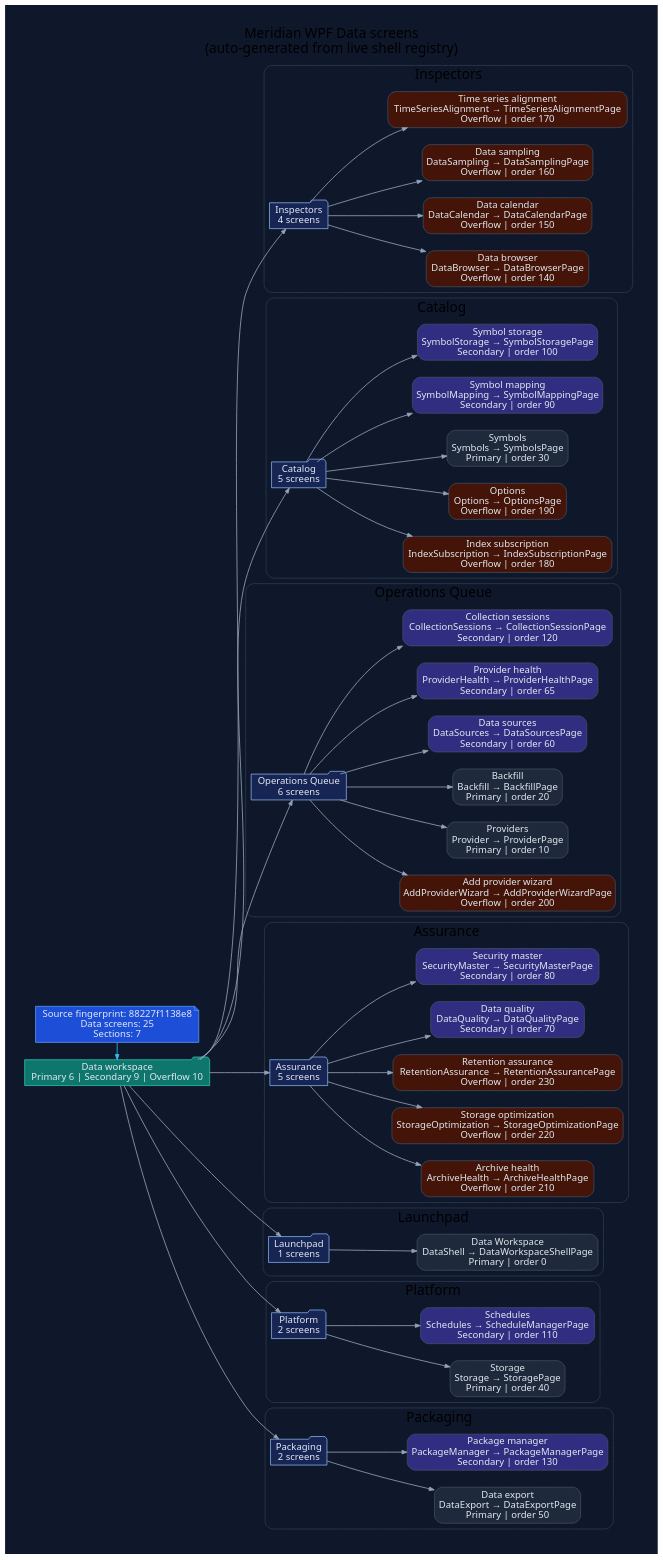
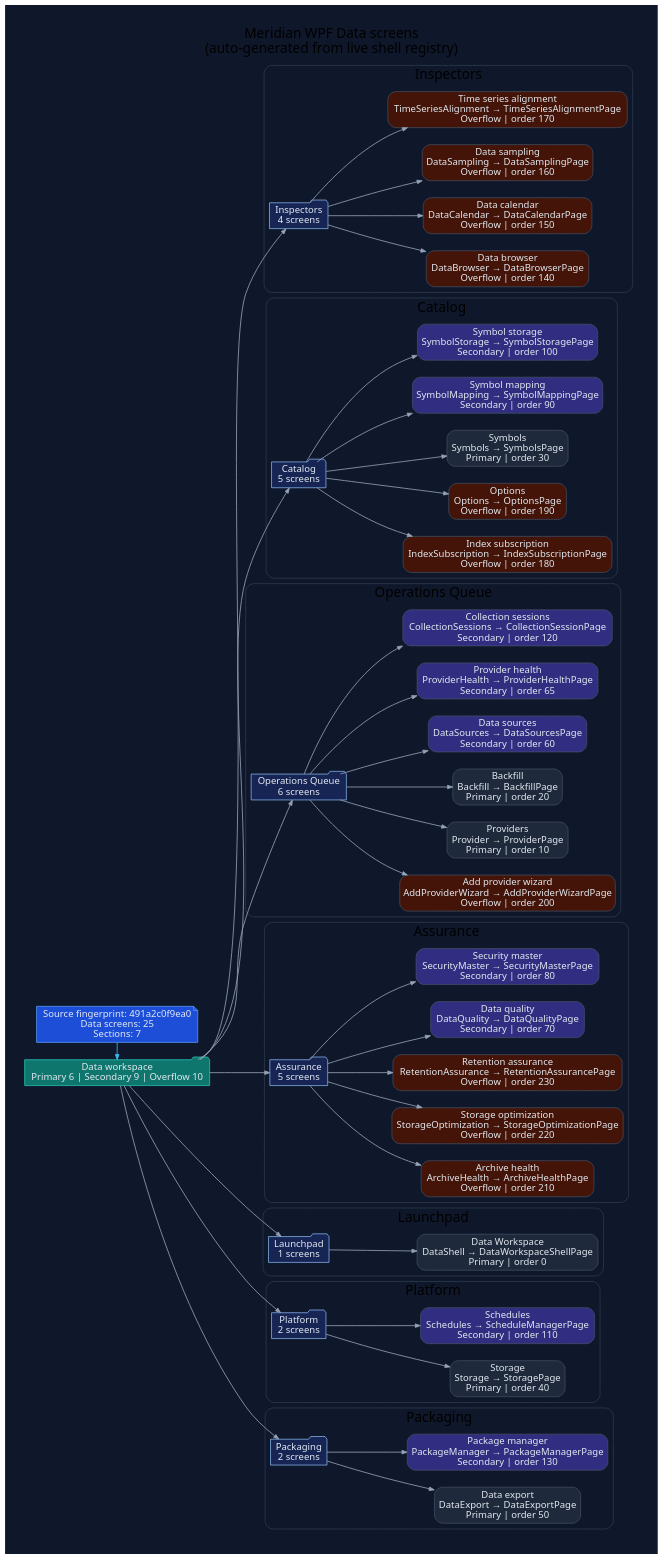
Before and after one commit to rodoHasArrived/Meridian-main: the diagram in docs/diagrams/ui-wpf-screens-data.dot, drawn with Graphviz. The commit also changed 21 other files, not shown here.

First line of the commit message:
Regenerate WPF UI diagrams for the updated source fingerprint

```diff
--- a/docs/diagrams/ui-wpf-screens-data.dot
+++ b/docs/diagrams/ui-wpf-screens-data.dot
@@ -1,132 +1,132 @@
 // -----------------------------------------------------------------------------
 // <auto-generated>
 // Generated by scripts/generate-diagrams.mjs.
 // Do not edit this file directly; update the WPF source files instead.
 // -----------------------------------------------------------------------------
 digraph WpfDataScreens {
   graph [
     rankdir=LR,
     labelloc=t,
     label="Meridian WPF Data screens\n(auto-generated from live shell registry)",
     fontname="Segoe UI",
     fontsize=20,
     pad=0.4,
     nodesep=0.35,
     ranksep=0.85,
     bgcolor="#0f172a"
   ];
   node [fontname="Segoe UI", shape=box, style="rounded,filled", color="#475569", fontcolor="#e2e8f0", fillcolor="#1e293b"];
   edge [fontname="Segoe UI", color="#94a3b8", penwidth=1.2, arrowsize=0.75];
 
-  generated [shape=note, fillcolor="#1d4ed8", color="#60a5fa", label="Source fingerprint: 88227f1138e8\nData screens: 25\nSections: 7"];
+  generated [shape=note, fillcolor="#1d4ed8", color="#60a5fa", label="Source fingerprint: 491a2c0f9ea0\nData screens: 25\nSections: 7"];
   workspace [shape=folder, fillcolor="#0f766e", color="#2dd4bf", label="Data workspace\nPrimary 6 | Secondary 9 | Overflow 10"];
   generated -> workspace [color="#38bdf8"];
 
   subgraph cluster_section_1 {
     label="Inspectors";
     color="#334155";
     style="rounded";
     section_1 [shape=folder, fillcolor="#172554", color="#93c5fd", label="Inspectors\n4 screens"];
     workspace -> section_1;
     screen_DataBrowser [fillcolor="#431407", label="Data browser\nDataBrowser → DataBrowserPage\nOverflow | order 140"];
     section_1 -> screen_DataBrowser;
     screen_DataCalendar [fillcolor="#431407", label="Data calendar\nDataCalendar → DataCalendarPage\nOverflow | order 150"];
     section_1 -> screen_DataCalendar;
     screen_DataSampling [fillcolor="#431407", label="Data sampling\nDataSampling → DataSamplingPage\nOverflow | order 160"];
     section_1 -> screen_DataSampling;
     screen_TimeSeriesAlignment [fillcolor="#431407", label="Time series alignment\nTimeSeriesAlignment → TimeSeriesAlignmentPage\nOverflow | order 170"];
     section_1 -> screen_TimeSeriesAlignment;
   }
 
   subgraph cluster_section_2 {
     label="Catalog";
     color="#334155";
     style="rounded";
     section_2 [shape=folder, fillcolor="#172554", color="#93c5fd", label="Catalog\n5 screens"];
     workspace -> section_2;
     screen_IndexSubscription [fillcolor="#431407", label="Index subscription\nIndexSubscription → IndexSubscriptionPage\nOverflow | order 180"];
     section_2 -> screen_IndexSubscription;
     screen_Options [fillcolor="#431407", label="Options\nOptions → OptionsPage\nOverflow | order 190"];
     section_2 -> screen_Options;
     screen_Symbols [fillcolor="#1e293b", label="Symbols\nSymbols → SymbolsPage\nPrimary | order 30"];
     section_2 -> screen_Symbols;
     screen_SymbolMapping [fillcolor="#312e81", label="Symbol mapping\nSymbolMapping → SymbolMappingPage\nSecondary | order 90"];
     section_2 -> screen_SymbolMapping;
     screen_SymbolStorage [fillcolor="#312e81", label="Symbol storage\nSymbolStorage → SymbolStoragePage\nSecondary | order 100"];
     section_2 -> screen_SymbolStorage;
   }
 
   subgraph cluster_section_3 {
     label="Operations Queue";
     color="#334155";
     style="rounded";
     section_3 [shape=folder, fillcolor="#172554", color="#93c5fd", label="Operations Queue\n6 screens"];
     workspace -> section_3;
     screen_AddProviderWizard [fillcolor="#431407", label="Add provider wizard\nAddProviderWizard → AddProviderWizardPage\nOverflow | order 200"];
     section_3 -> screen_AddProviderWizard;
     screen_Provider [fillcolor="#1e293b", label="Providers\nProvider → ProviderPage\nPrimary | order 10"];
     section_3 -> screen_Provider;
     screen_Backfill [fillcolor="#1e293b", label="Backfill\nBackfill → BackfillPage\nPrimary | order 20"];
     section_3 -> screen_Backfill;
     screen_DataSources [fillcolor="#312e81", label="Data sources\nDataSources → DataSourcesPage\nSecondary | order 60"];
     section_3 -> screen_DataSources;
     screen_ProviderHealth [fillcolor="#312e81", label="Provider health\nProviderHealth → ProviderHealthPage\nSecondary | order 65"];
     section_3 -> screen_ProviderHealth;
     screen_CollectionSessions [fillcolor="#312e81", label="Collection sessions\nCollectionSessions → CollectionSessionPage\nSecondary | order 120"];
     section_3 -> screen_CollectionSessions;
   }
 
   subgraph cluster_section_4 {
     label="Assurance";
     color="#334155";
     style="rounded";
     section_4 [shape=folder, fillcolor="#172554", color="#93c5fd", label="Assurance\n5 screens"];
     workspace -> section_4;
     screen_ArchiveHealth [fillcolor="#431407", label="Archive health\nArchiveHealth → ArchiveHealthPage\nOverflow | order 210"];
     section_4 -> screen_ArchiveHealth;
     screen_StorageOptimization [fillcolor="#431407", label="Storage optimization\nStorageOptimization → StorageOptimizationPage\nOverflow | order 220"];
     section_4 -> screen_StorageOptimization;
     screen_RetentionAssurance [fillcolor="#431407", label="Retention assurance\nRetentionAssurance → RetentionAssurancePage\nOverflow | order 230"];
     section_4 -> screen_RetentionAssurance;
     screen_DataQuality [fillcolor="#312e81", label="Data quality\nDataQuality → DataQualityPage\nSecondary | order 70"];
     section_4 -> screen_DataQuality;
     screen_SecurityMaster [fillcolor="#312e81", label="Security master\nSecurityMaster → SecurityMasterPage\nSecondary | order 80"];
     section_4 -> screen_SecurityMaster;
   }
 
   subgraph cluster_section_5 {
     label="Launchpad";
     color="#334155";
     style="rounded";
     section_5 [shape=folder, fillcolor="#172554", color="#93c5fd", label="Launchpad\n1 screens"];
     workspace -> section_5;
     screen_DataShell [fillcolor="#1e293b", label="Data Workspace\nDataShell → DataWorkspaceShellPage\nPrimary | order 0"];
     section_5 -> screen_DataShell;
   }
 
   subgraph cluster_section_6 {
     label="Platform";
     color="#334155";
     style="rounded";
     section_6 [shape=folder, fillcolor="#172554", color="#93c5fd", label="Platform\n2 screens"];
     workspace -> section_6;
     screen_Storage [fillcolor="#1e293b", label="Storage\nStorage → StoragePage\nPrimary | order 40"];
     section_6 -> screen_Storage;
     screen_Schedules [fillcolor="#312e81", label="Schedules\nSchedules → ScheduleManagerPage\nSecondary | order 110"];
     section_6 -> screen_Schedules;
   }
 
   subgraph cluster_section_7 {
     label="Packaging";
     color="#334155";
     style="rounded";
     section_7 [shape=folder, fillcolor="#172554", color="#93c5fd", label="Packaging\n2 screens"];
     workspace -> section_7;
     screen_DataExport [fillcolor="#1e293b", label="Data export\nDataExport → DataExportPage\nPrimary | order 50"];
     section_7 -> screen_DataExport;
     screen_PackageManager [fillcolor="#312e81", label="Package manager\nPackageManager → PackageManagerPage\nSecondary | order 130"];
     section_7 -> screen_PackageManager;
   }
 
   { rank=min; generated; workspace; }
 }
```
